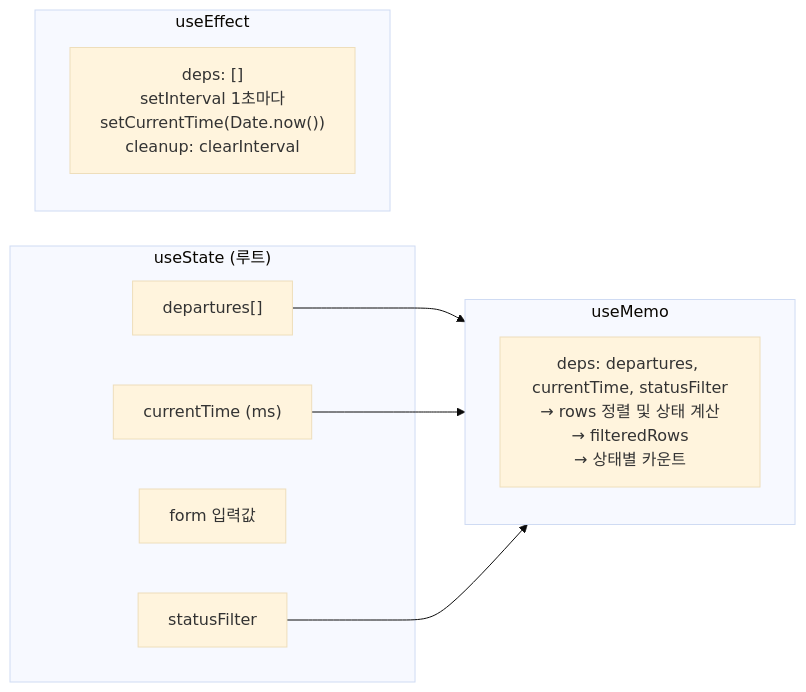
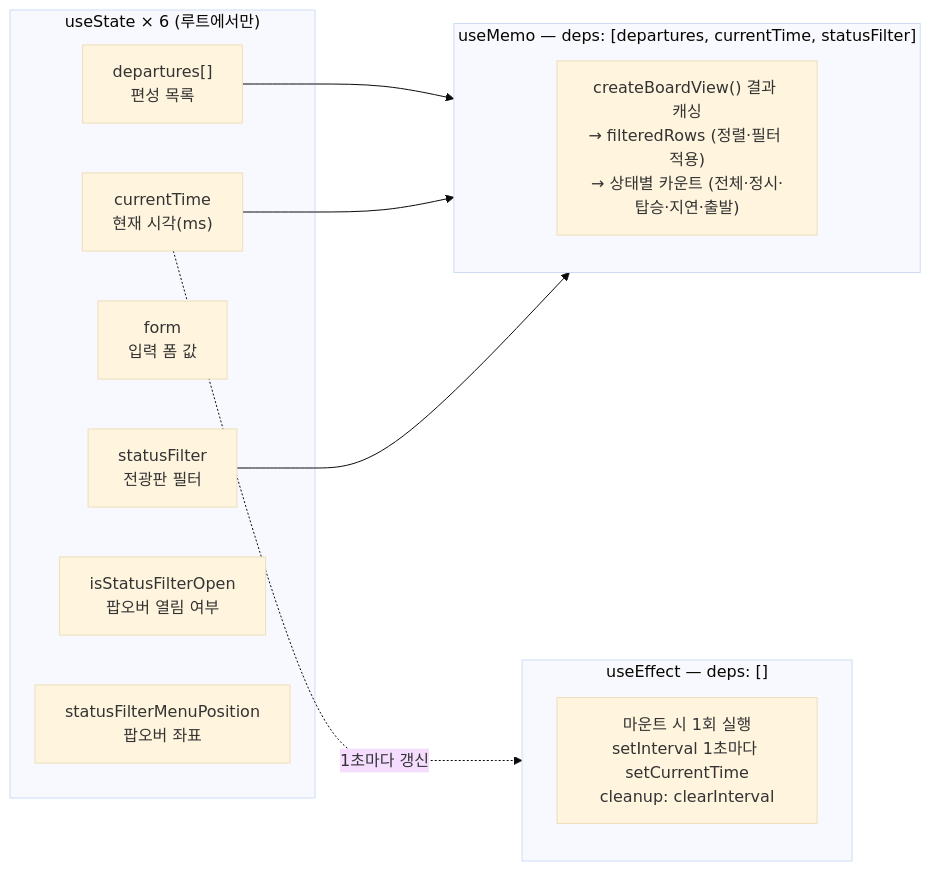
One commit to Jungle-12-303/week5.5_react changed the ninth of 10 diagrams in README.md. Above: the diagram before and after it, drawn with Mermaid (base theme). The commit also changed other lines of this file, not shown here.

````diff
--- a/README.md
+++ b/README.md
@@ -497,21 +287,24 @@
 ```mermaid
 flowchart LR
-    subgraph state["useState (루트)"]
-        S1["departures[]"]
-        S2["currentTime (ms)"]
-        S3["form 입력값"]
-        S4["statusFilter"]
+    subgraph state["useState × 6 (루트에서만)"]
+        S1["departures[]<br>편성 목록"]
+        S2["currentTime<br>현재 시각(ms)"]
+        S3["form<br>입력 폼 값"]
+        S4["statusFilter<br>전광판 필터"]
+        S5["isStatusFilterOpen<br>팝오버 열림 여부"]
+        S6["statusFilterMenuPosition<br>팝오버 좌표"]
     end
 
-    subgraph effect["useEffect"]
-        E1["deps: []<br>setInterval 1초마다<br>setCurrentTime(Date.now())<br>cleanup: clearInterval"]
+    subgraph effect["useEffect — deps: []"]
+        E1["마운트 시 1회 실행<br>setInterval 1초마다 setCurrentTime<br>cleanup: clearInterval"]
     end
 
-    subgraph memo["useMemo"]
-        M1["deps: departures, currentTime, statusFilter<br>→ rows 정렬 및 상태 계산<br>→ filteredRows<br>→ 상태별 카운트"]
+    subgraph memo["useMemo — deps: [departures, currentTime, statusFilter]"]
+        M1["createBoardView() 결과 캐싱<br>→ filteredRows (정렬·필터 적용)<br>→ 상태별 카운트 (전체·정시·탑승·지연·출발)"]
     end
 
     S1 --> memo
     S2 --> memo
     S4 --> memo
+    S2 -.->|"1초마다 갱신"| effect
 ```
````
